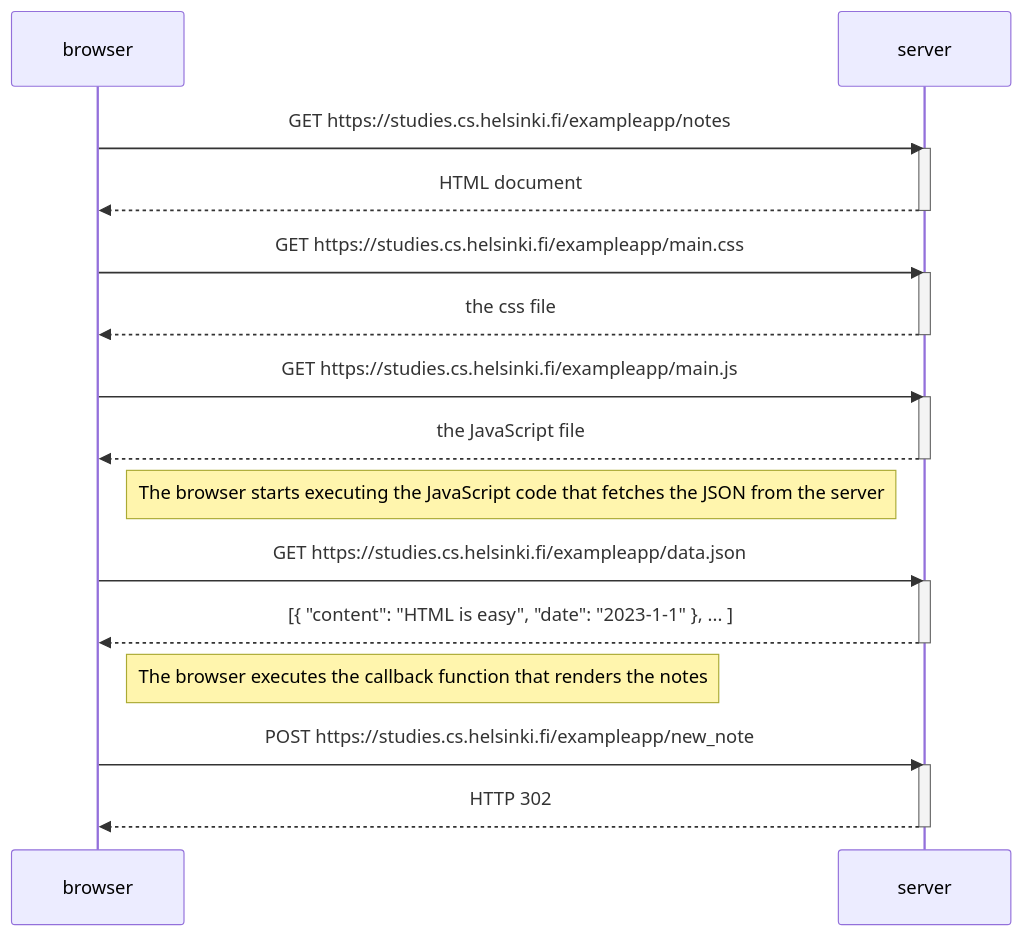
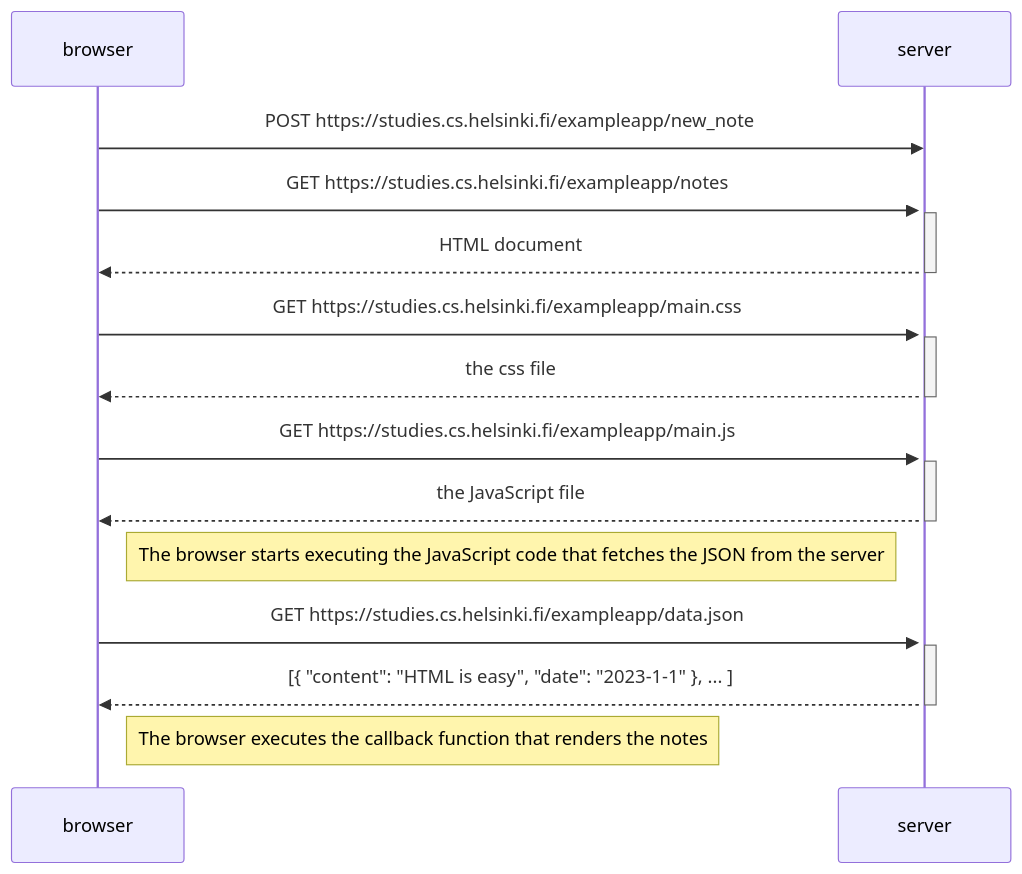
Before and after one commit to TorriEetu/palauitusrepositorio: the diagram in osa0/04sequence.md, drawn with Mermaid.

Commit message:
Fixed diagram

````diff
--- a/osa0/04sequence.md
+++ b/osa0/04sequence.md
@@ -1,36 +1,33 @@
 ```mermaid
 sequenceDiagram
     participant browser
     participant server
     
+    browser->>server: POST https://studies.cs.helsinki.fi/exampleapp/new_note
+    activate server
     
     browser->>server: GET https://studies.cs.helsinki.fi/exampleapp/notes
     activate server
     server-->>browser: HTML document
     deactivate server
     
     browser->>server: GET https://studies.cs.helsinki.fi/exampleapp/main.css
     activate server
     server-->>browser: the css file
     deactivate server
     
     browser->>server: GET https://studies.cs.helsinki.fi/exampleapp/main.js
     activate server
     server-->>browser: the JavaScript file
     deactivate server
     
     Note right of browser: The browser starts executing the JavaScript code that fetches the JSON from the server
     
     browser->>server: GET https://studies.cs.helsinki.fi/exampleapp/data.json
     activate server
     server-->>browser: [{ "content": "HTML is easy", "date": "2023-1-1" }, ... ]
     deactivate server    
 
     Note right of browser: The browser executes the callback function that renders the notes 
-
-    browser->>server: POST https://studies.cs.helsinki.fi/exampleapp/new_note
-    activate server
-    server-->>browser: HTTP 302
-    deactivate server
     
 ```
````
